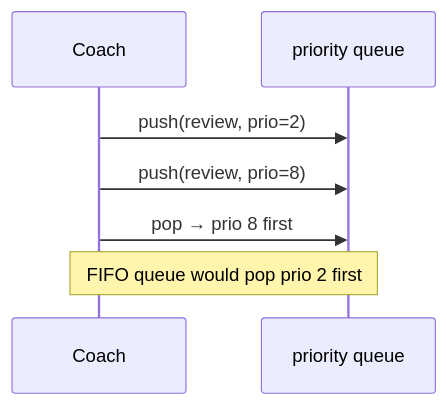
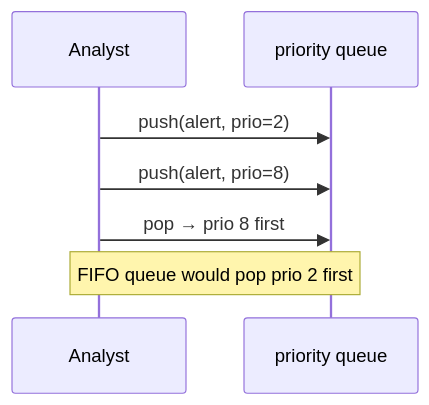
One commit to qgjones9/python-programming-guide changed the second of 8 diagrams in docs/dsa/data-structures/priority-queue/index.md. Above: the diagram before and after it, drawn with Mermaid. The commit also changed other lines of this file and 29 other files, not shown here.

````diff
--- a/docs/dsa/data-structures/priority-queue/index.md
+++ b/docs/dsa/data-structures/priority-queue/index.md
@@ -58,9 +58,9 @@
 ```mermaid
 sequenceDiagram
-  participant Coach
+  participant Analyst
   participant PQ as priority queue
-  Coach->>PQ: push(review, prio=2)
-  Coach->>PQ: push(review, prio=8)
-  Coach->>PQ: pop → prio 8 first
-  Note over Coach,PQ: FIFO queue would pop prio 2 first
+  Analyst->>PQ: push(alert, prio=2)
+  Analyst->>PQ: push(alert, prio=8)
+  Analyst->>PQ: pop → prio 8 first
+  Note over Analyst,PQ: FIFO queue would pop prio 2 first
 ```
````
